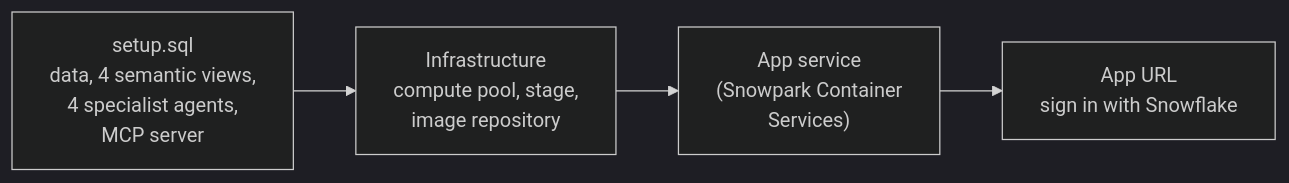
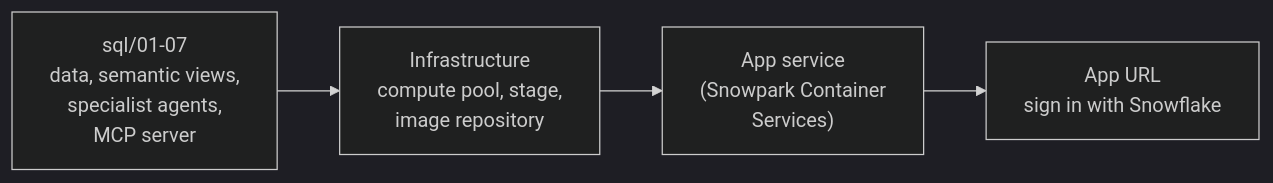
Before and after one commit to sfc-gh-hmassa/cortex-multi-agent-mcp: the third of 3 diagrams in README.md, drawn with Mermaid (dark theme). The commit also changed other lines of this file and 18 other files, not shown here.

Commit message:
Hand-written SQL steps, specialists discovered from the MCP server, tables+text filter, final benchmark

````diff
--- a/README.md
+++ b/README.md
@@ -110,6 +130,6 @@
 ```mermaid
 flowchart LR
-    S["setup.sql<br/>data, 4 semantic views,<br/>4 specialist agents,<br/>MCP server"] --> I["Infrastructure<br/>compute pool, stage,<br/>image repository"]
+    S["sql/01-07<br/>data, semantic views,<br/>specialist agents,<br/>MCP server"] --> I["Infrastructure<br/>compute pool, stage,<br/>image repository"]
     I --> A["App service<br/>(Snowpark Container<br/>Services)"]
     A --> U["App URL<br/>sign in with Snowflake"]
 ```
````
